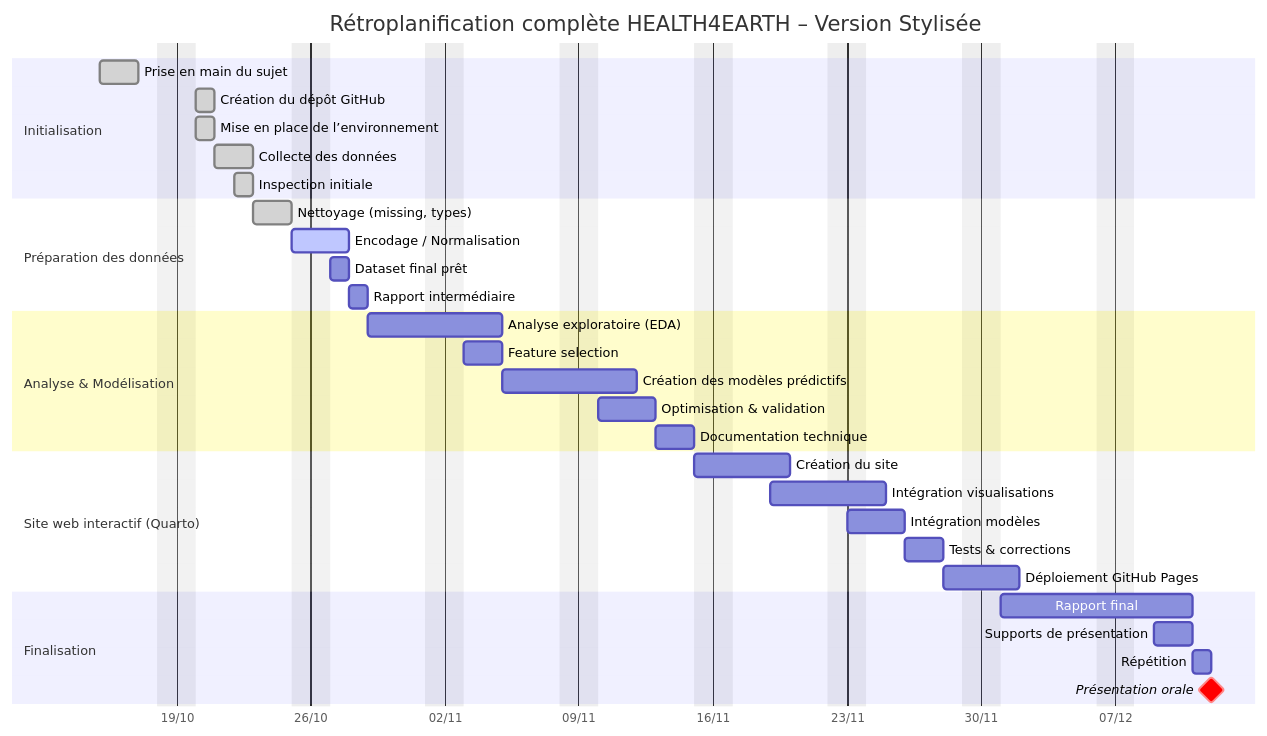
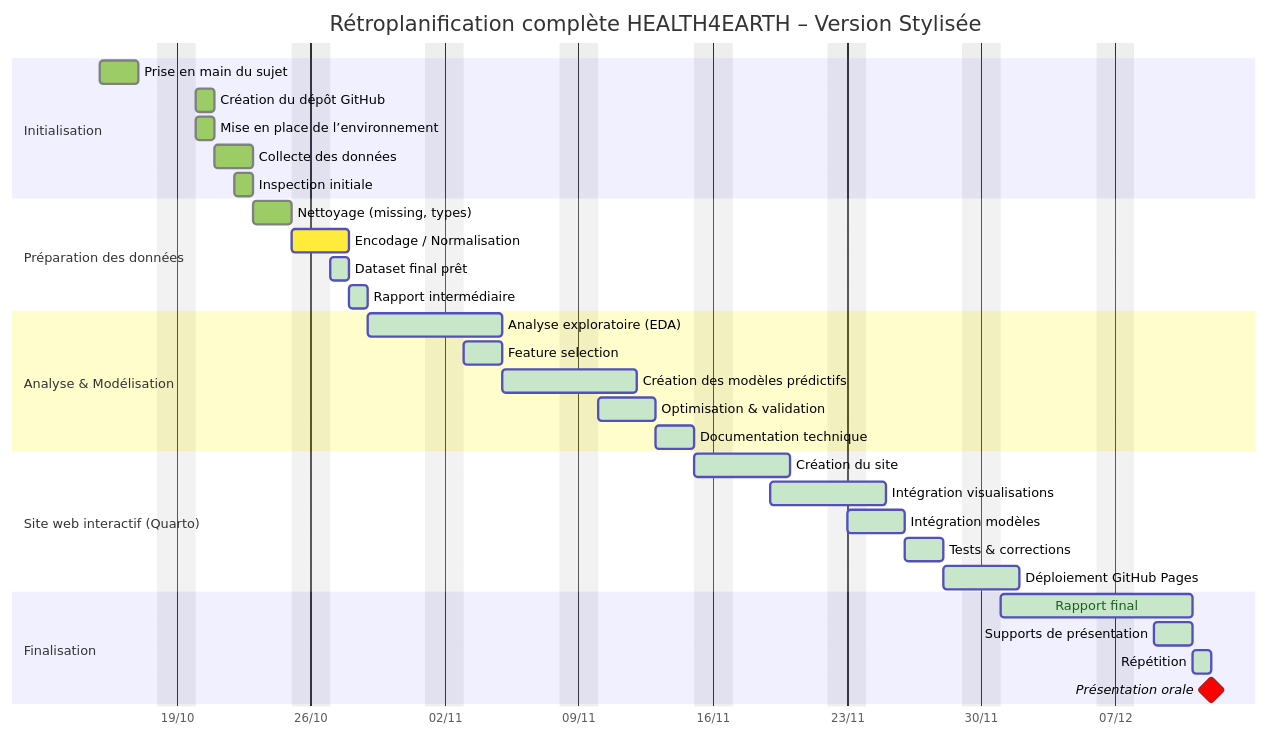
One commit to Modestedvlr/Health4Earth changed the diagram in docs/notes/gantt.md. Above: the diagram before and after it, drawn with Mermaid.

Commit message:
Modif diagramme de gantt

````diff
--- a/docs/notes/gantt.md
+++ b/docs/notes/gantt.md
@@ -1,80 +1,79 @@
 ```mermaid
 
 %%{init: {
     "theme": "default",
     "themeVariables": {
-        "background": "#ffffff"
         "primaryColor": "#4CAF50",
         "primaryBorderColor": "#2E7D32",
         "primaryTextColor": "#fff",
         "secondaryColor": "#81C784",
         "secondaryTextColor": "#fff",
         "tertiaryColor": "#A5D6A7",
         "noteBkgColor": "#E8F5E9",
         "noteTextColor": "#1B5E20",
         "taskTextColor": "#1B5E20",
         "taskBkgColor": "#C8E6C9",
         "doneTaskBkgColor": "#9CCC65",
         "doneTaskTextColor": "#1B5E20",
         "activeTaskBkgColor": "#FFEB3B",
         "activeTaskTextColor": "#000",
         "critColor": "#E53935",
         "critBorderColor": "#B71C1C"
     }
 }}%%
 
 gantt
     title Rétroplanification complète HEALTH4EARTH – Version Stylisée
     dateFormat  YYYY-MM-DD
     axisFormat  %d/%m
-    todayMarker stroke-width:3px,stroke:#FF0000
+    todayMarker off
     excludes    weekends
 
     %% -----------------------------
     %% PHASE 1 — INITIALISATION
     %% -----------------------------
     section Initialisation
     Prise en main du sujet                    :done,    2025-10-15, 2d
     Création du dépôt GitHub                  :done,    2025-10-20, 1d
     Mise en place de l’environnement          :done,    2025-10-20, 1d
     Collecte des données                      :done,    2025-10-21, 2d
     Inspection initiale                       :done,    2025-10-22, 1d
 
     %% -----------------------------
     %% PHASE 2 — PREP & CLEANING
     %% -----------------------------
     section Préparation des données
     Nettoyage (missing, types)                :done,    2025-10-23, 2d
     Encodage / Normalisation                  :active,  2025-10-25, 2d
     Dataset final prêt                        :2025-10-27, 1d
     Rapport intermédiaire                     :2025-10-28, 1d
 
     %% -----------------------------
     %% PHASE 3 — ANALYSE & MODEL
     %% -----------------------------
     section Analyse & Modélisation
     Analyse exploratoire (EDA)                :2025-10-29, 5d
     Feature selection                         :2025-11-03, 2d
     Création des modèles prédictifs           :2025-11-05, 5d
     Optimisation & validation                 :2025-11-10, 3d
     Documentation technique                   :2025-11-13, 2d
 
     %% -----------------------------
     %% PHASE 4 — SITE WEB
     %% -----------------------------
     section Site web interactif (Quarto)
     Création du site                          :2025-11-15, 4d
     Intégration visualisations                :2025-11-19, 4d
     Intégration modèles                       :2025-11-23, 3d
     Tests & corrections                        :2025-11-26, 2d
     Déploiement GitHub Pages                  :2025-11-28, 2d
 
     %% -----------------------------
     %% PHASE 5 — FINALISATION
     %% -----------------------------
     section Finalisation
     Rapport final                             :2025-12-01, 8d
     Supports de présentation                  :2025-12-09, 2d
     Répétition                                :2025-12-11, 1d
     Présentation orale                        :milestone, crit, 2025-12-12, 0d
 ```
````
